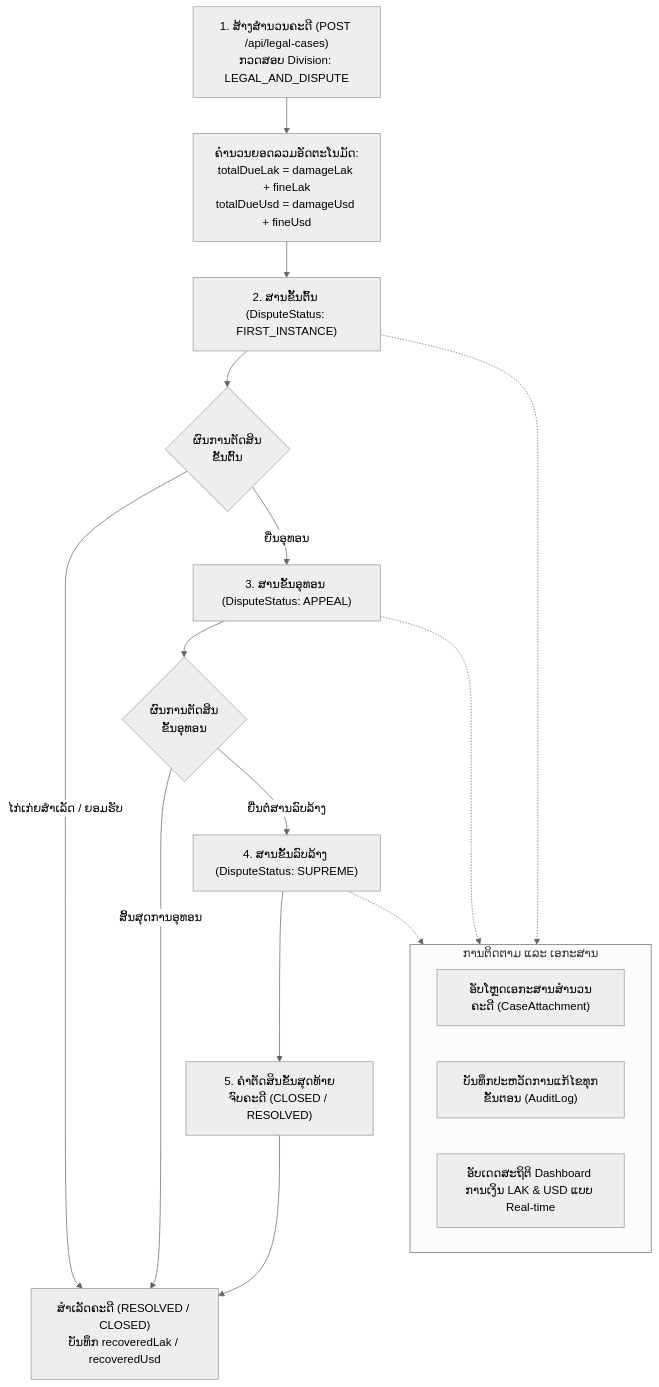
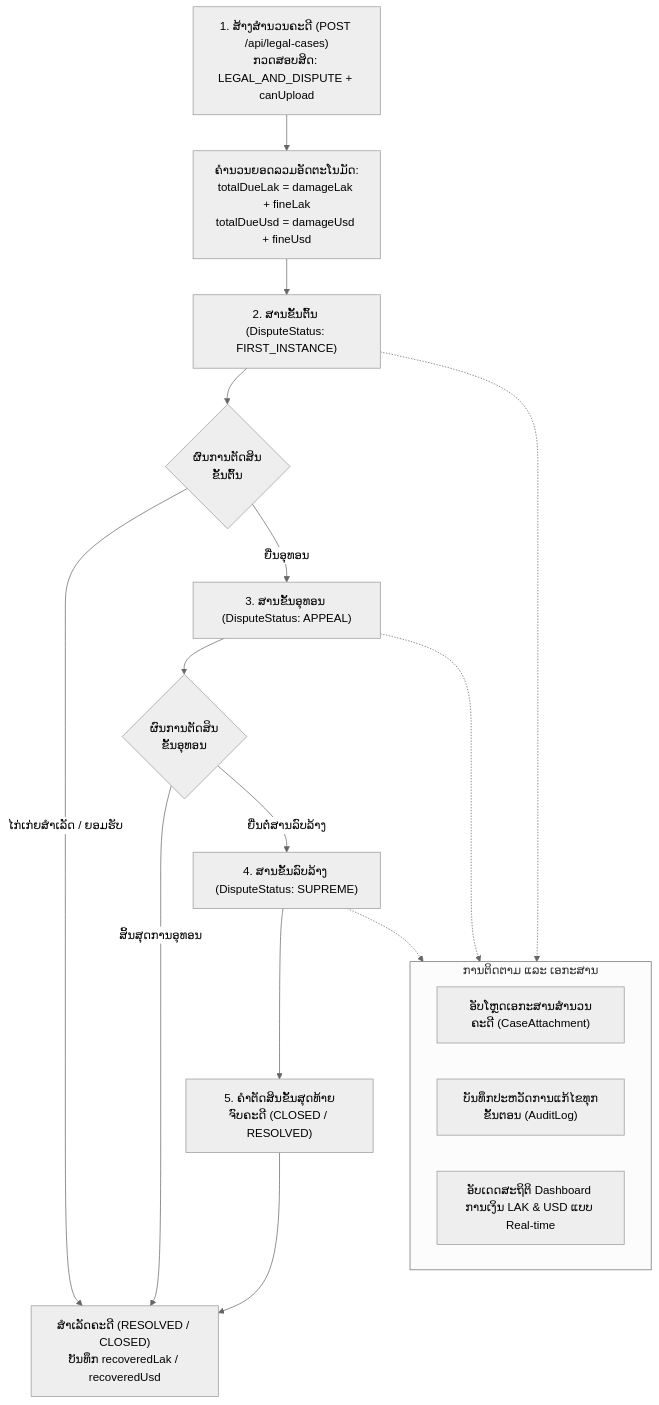
One commit to SamMie341/legal-contract-backend changed the sixth of 8 diagrams in SYSTEM_FLOW_AND_MODULES.md. Above: the diagram before and after it, drawn with Mermaid (neutral theme). The commit also changed other lines of this file and 99 other files, not shown here.

````diff
--- a/SYSTEM_FLOW_AND_MODULES.md
+++ b/SYSTEM_FLOW_AND_MODULES.md
@@ -231,26 +264,26 @@
 ```mermaid
 flowchart TD
-    CreateCase["1. ສ້າງສຳນວນຄະດີ (POST /api/legal-cases)<br/>ກວດສອບ Division: LEGAL_AND_DISPUTE"] --> AutoCalc["ຄຳນວນຍອດລວມອັດຕະໂນມັດ:<br/>totalDueLak = damageLak + fineLak<br/>totalDueUsd = damageUsd + fineUsd"]
+    CreateCase["1. ສ້າງສຳນວນຄະດີ (POST /api/legal-cases)<br/>ກວດສອບສິດ: LEGAL_AND_DISPUTE + canUpload"] --> AutoCalc["ຄຳນວນຍອດລວມອັດຕະໂນມັດ:<br/>totalDueLak = damageLak + fineLak<br/>totalDueUsd = damageUsd + fineUsd"]
     AutoCalc --> Stage1["2. ສານຂັ້ນຕົ້ນ (DisputeStatus: FIRST_INSTANCE)"]
 
     Stage1 --> Verdict1{"ຜົນການຕັດສິນ<br/>ຂັ້ນຕົ້ນ"}
     Verdict1 -- "ໄກ່ເກ່ຍສຳເລັດ / ຍອມຮັບ" --> Resolved["ສຳເລັດຄະດີ (RESOLVED / CLOSED)<br/>ບັນທຶກ recoveredLak / recoveredUsd"]
     Verdict1 -- "ຍື່ນອຸທອນ" --> Stage2["3. ສານຂັ້ນອຸທອນ (DisputeStatus: APPEAL)"]
 
     Stage2 --> Verdict2{"ຜົນການຕັດສິນ<br/>ຂັ້ນອຸທອນ"}
     Verdict2 -- "ສິ້ນສຸດການອຸທອນ" --> Resolved
     Verdict2 -- "ຍື່ນຕໍ່ສານລົບລ້າງ" --> Stage3["4. ສານຂັ້ນລົບລ້າງ (DisputeStatus: SUPREME)"]
 
     Stage3 --> FinalVerdict["5. ຄຳຕັດສິນຂັ້ນສຸດທ້າຍ<br/>ຈົບຄະດີ (CLOSED / RESOLVED)"]
     FinalVerdict --> Resolved
 
     subgraph AttachmentsAndProgress["ການຕິດຕາມ ແລະ ເອກະສານ"]
         DocDossier["ອັບໂຫຼດເອກະສານສຳນວນຄະດີ (CaseAttachment)"]
         AuditTrack["ບັນທຶກປະຫວັດການແກ້ໄຂທຸກຂັ້ນຕອນ (AuditLog)"]
         DashboardUpdate["ອັບເດດສະຖິຕິ Dashboard ການເງິນ LAK & USD ແບບ Real-time"]
     end
 
     Stage1 -.-> AttachmentsAndProgress
     Stage2 -.-> AttachmentsAndProgress
     Stage3 -.-> AttachmentsAndProgress
 ```
````
